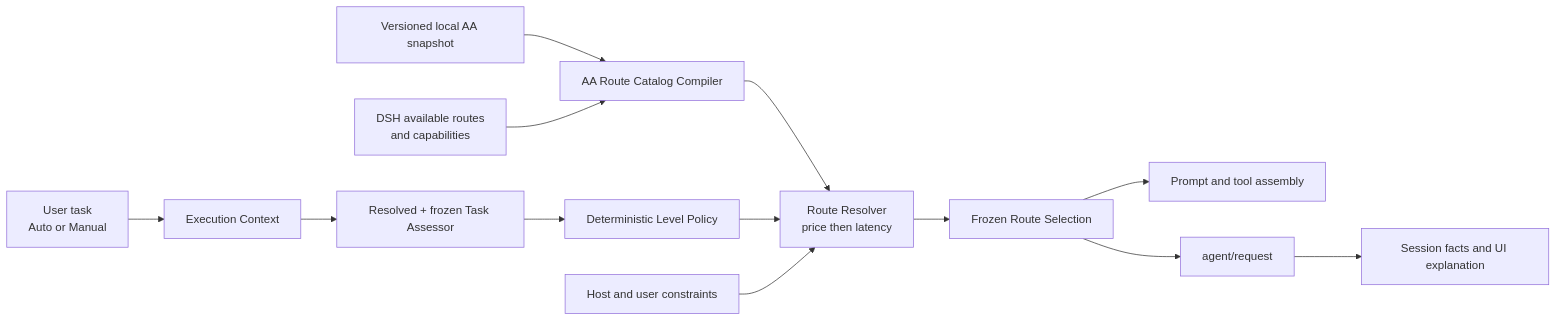
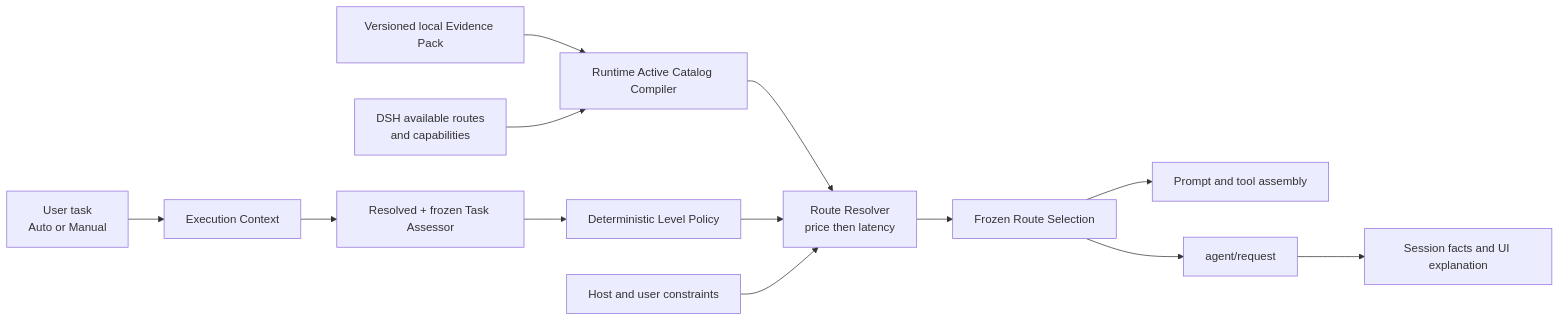
Before and after one commit to cloudman6/dsh-auto-mode: the diagram in docs/architecture.md, drawn with Mermaid. The commit also changed other lines of this file and 19 other files, not shown here.

Commit message:
docs: complete Phase 4.1 Evidence Pack rollout

````diff
--- a/docs/architecture.md
+++ b/docs/architecture.md
@@ -22,15 +22,15 @@
 ```mermaid
 flowchart LR
     U["User task\nAuto or Manual"] --> X["Execution Context"]
     X --> A["Resolved + frozen Task Assessor"]
     A --> P["Deterministic Level Policy"]
-    S["Versioned local AA snapshot"] --> C["AA Route Catalog Compiler"]
+    S["Versioned local Evidence Pack"] --> C["Runtime Active Catalog Compiler"]
     D["DSH available routes\nand capabilities"] --> C
     C --> R["Route Resolver\nprice then latency"]
     P --> R
     H["Host and user constraints"] --> R
     R --> F["Frozen Route Selection"]
     F --> M["Prompt and tool assembly"]
     F --> Q["agent/request"]
     Q --> E["Session facts and UI explanation"]
 ```
````
